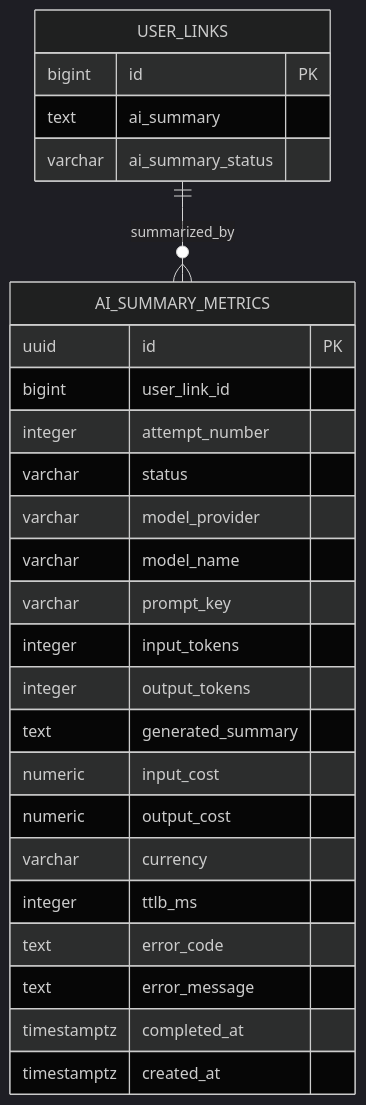
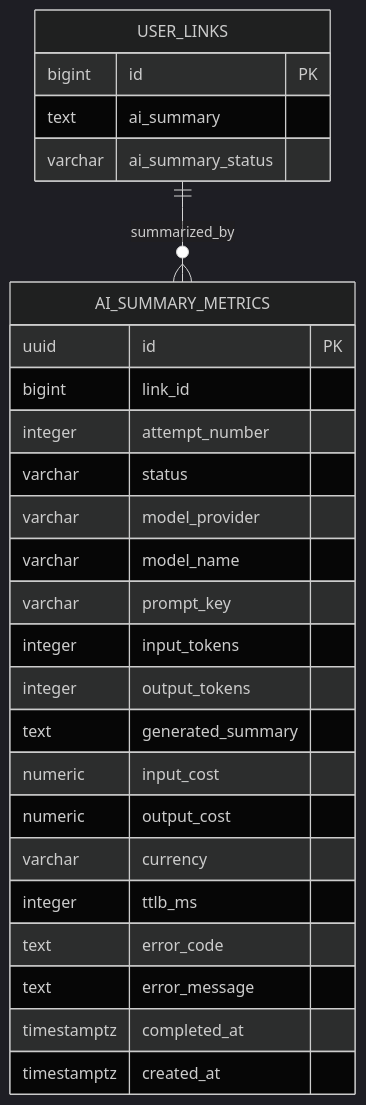
The diagram in docs/database/tables/ai_summary_metrics.md (mash-up-kr/Promise.9-Server), drawn with Mermaid (dark theme) before and after one commit. The commit also changed other lines of this file and 2 other files, not shown here.

````diff
--- a/docs/database/tables/ai_summary_metrics.md
+++ b/docs/database/tables/ai_summary_metrics.md
@@ -9,31 +9,31 @@
 ```mermaid
 erDiagram
   USER_LINKS ||--o{ AI_SUMMARY_METRICS : summarized_by
 
   USER_LINKS {
     bigint id PK
     text ai_summary
     varchar ai_summary_status
   }
 
   AI_SUMMARY_METRICS {
     uuid id PK
-    bigint user_link_id
+    bigint link_id
     integer attempt_number
     varchar status
     varchar model_provider
     varchar model_name
     varchar prompt_key
     integer input_tokens
     integer output_tokens
     text generated_summary
     numeric input_cost
     numeric output_cost
     varchar currency
     integer ttlb_ms
     text error_code
     text error_message
     timestamptz completed_at
     timestamptz created_at
   }
 ```
````
